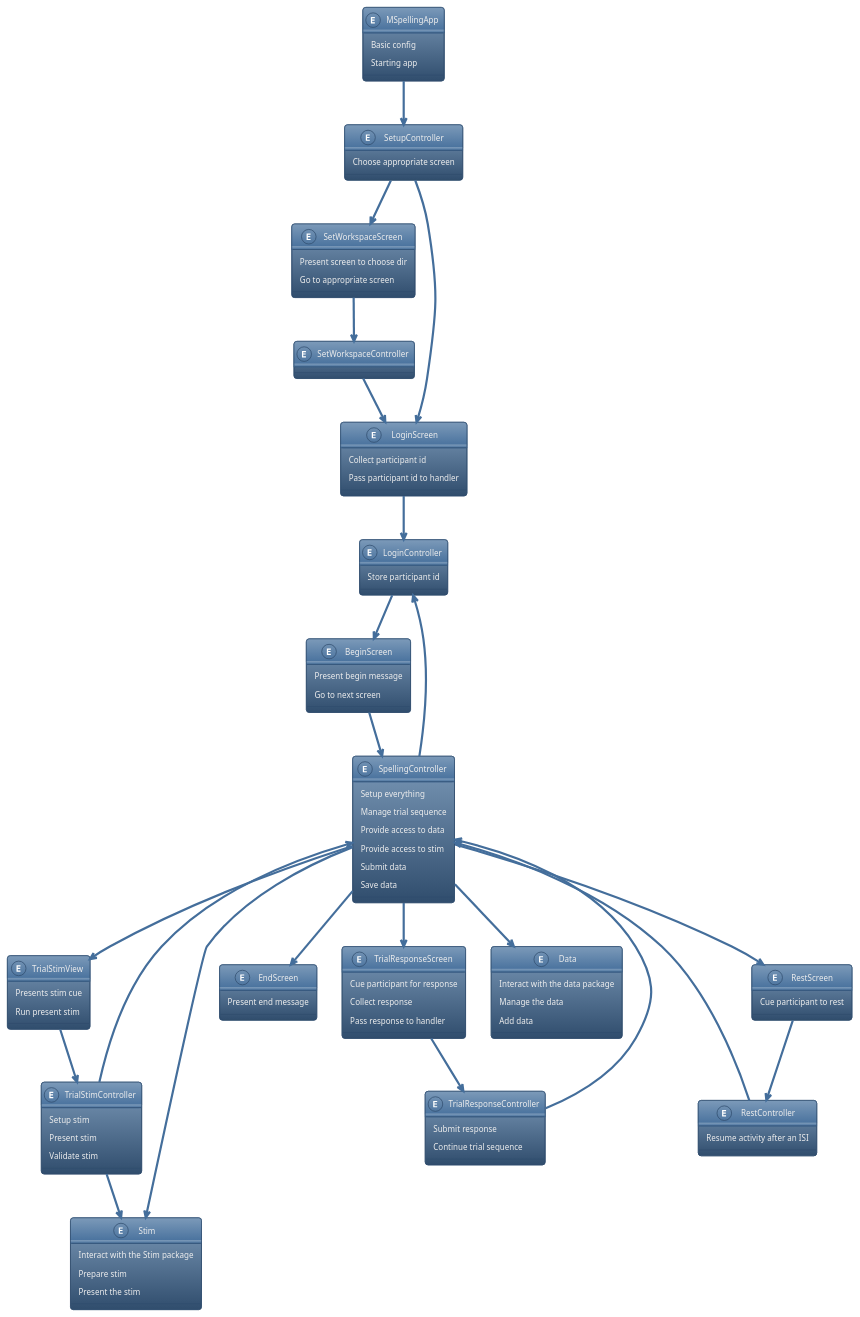
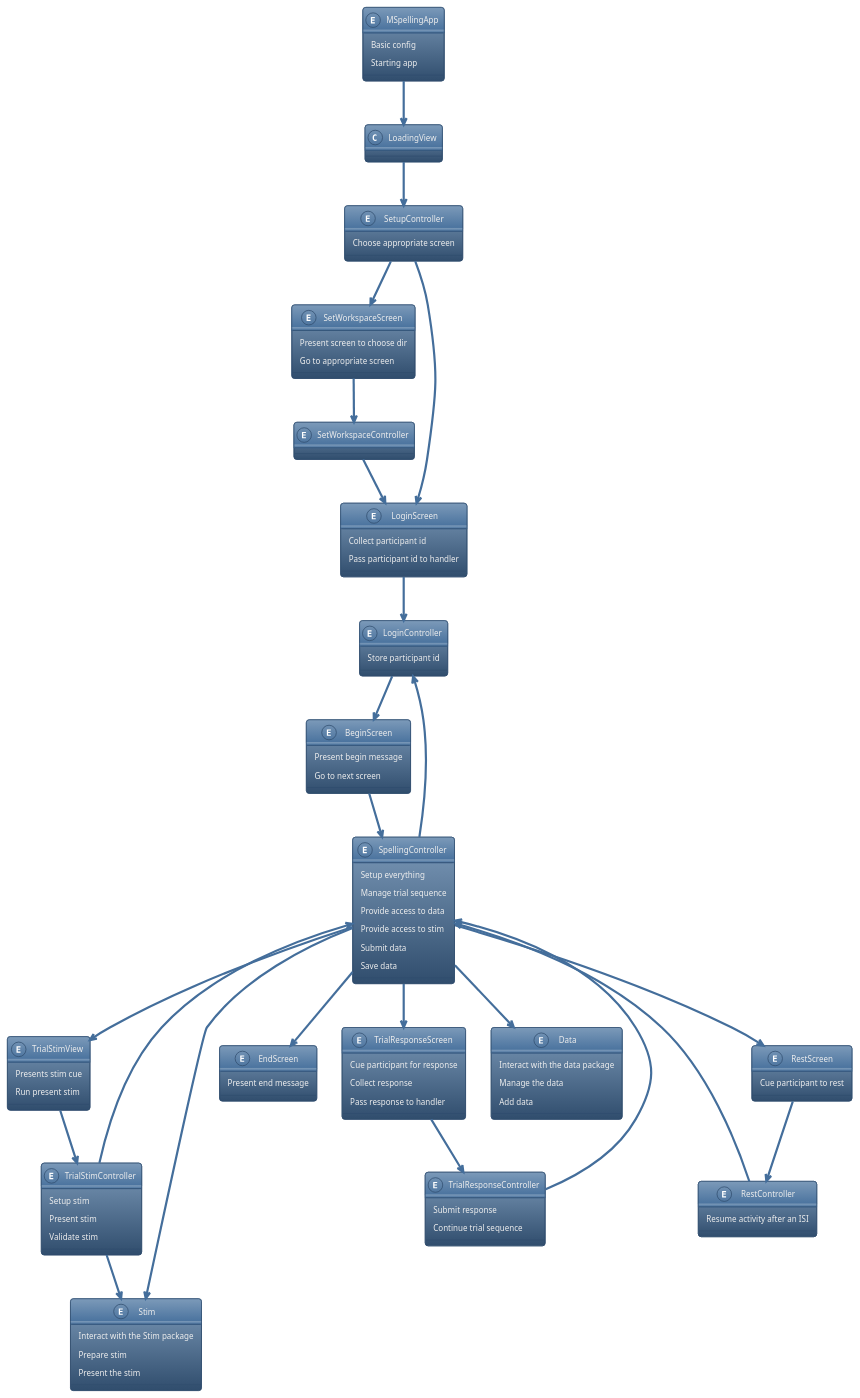
Before and after one commit to mario-bermonti/mspelling: the diagram in docs/design/design.plantuml, drawn with PlantUML.

Commit message:
Update design

```diff
--- a/docs/design/design.plantuml
+++ b/docs/design/design.plantuml
@@ -1,112 +1,113 @@
 @startuml Entities and Responsibilities
 !theme spacelab
 
 entity MSpellingApp {
     Basic config
     Starting app
 }
 
 entity SetupController {
     Choose appropriate screen
 }
 
 entity SetWorkspaceScreen {
     Present screen to choose dir 
     Go to appropriate screen
 }
 
 entity SetWorkspaceController {
 }
 
 entity LoginScreen {
     Collect participant id
     Pass participant id to handler
 }
 
 entity LoginController {
     Store participant id
 }
 
 entity BeginScreen {
     Present begin message
     Go to next screen
 }
 
 entity SpellingController {
     Setup everything
     Manage trial sequence 
     Provide access to data
     Provide access to stim
     Submit data
     Save data
 }
 
 entity TrialStimView {
     Presents stim cue
     Run present stim
 }
 
 entity TrialStimController {
     Setup stim 
     Present stim
     Validate stim
 }
 
 entity TrialResponseScreen {
     Cue participant for response 
     Collect response
     Pass response to handler
 }
 
 entity TrialResponseController {
     Submit response
     Continue trial sequence
 }
 
 entity RestScreen {
     Cue participant to rest 
 }
 
 entity RestController {
     Resume activity after an ISI
 }
 
 entity EndScreen {
     Present end message
 }
 
 entity Stim {   
     Interact with the Stim package 
     Prepare stim 
     Present the stim
 }
 
 entity Data {
     Interact with the data package 
     Manage the data 
     Add data
 }
 
-MSpellingApp --> SetupController
+MSpellingApp --> LoadingView
+LoadingView --> SetupController
 SetupController --> SetWorkspaceScreen
 SetupController --> LoginScreen
 SetWorkspaceScreen --> SetWorkspaceController
 SetWorkspaceController --> LoginScreen
 LoginScreen --> LoginController
 LoginController --> BeginScreen
 BeginScreen --> SpellingController
 SpellingController --> Data
 SpellingController --> TrialStimView
 TrialStimView --> TrialStimController
 TrialStimController --> SpellingController
 TrialStimController --> Stim
 SpellingController --> TrialResponseScreen
 TrialResponseScreen --> TrialResponseController
 TrialResponseController --> SpellingController
 SpellingController --> RestScreen
 RestScreen --> RestController
 RestController --> SpellingController
 SpellingController --> EndScreen
 SpellingController --> LoginController
 SpellingController --> Stim
 @enduml
```
